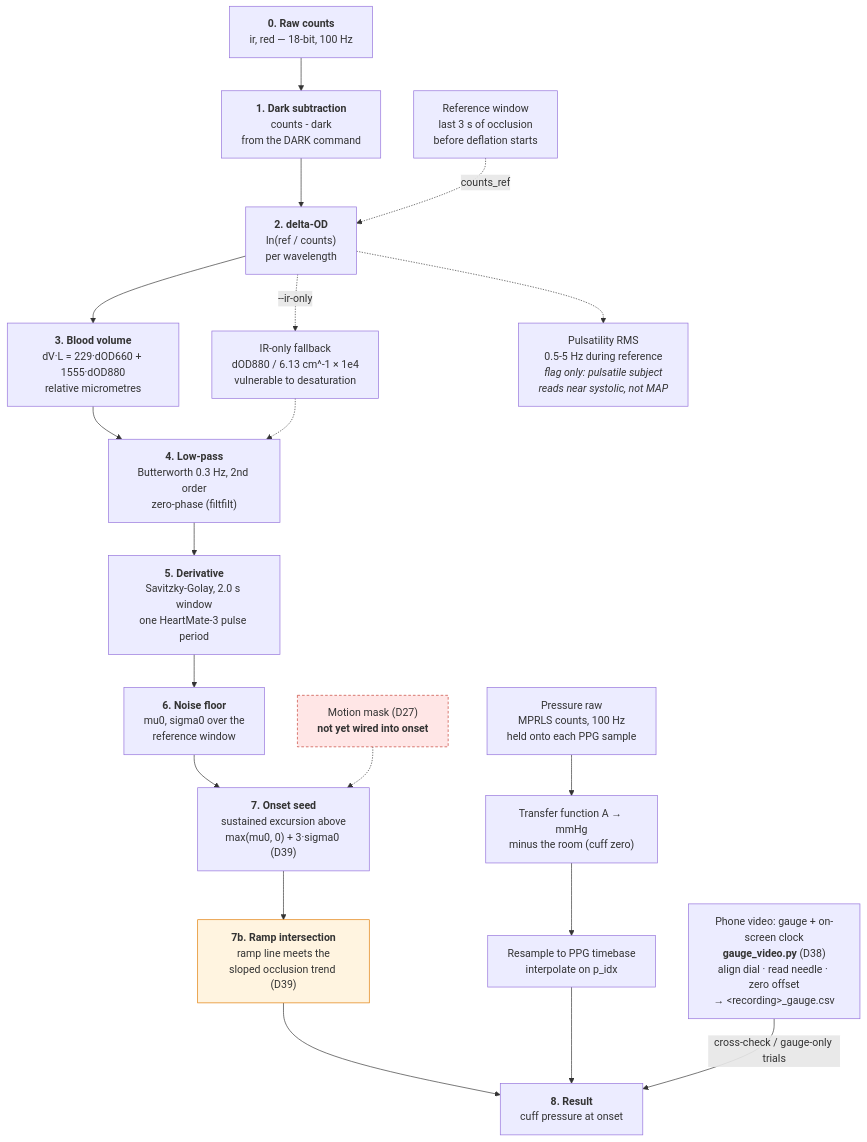
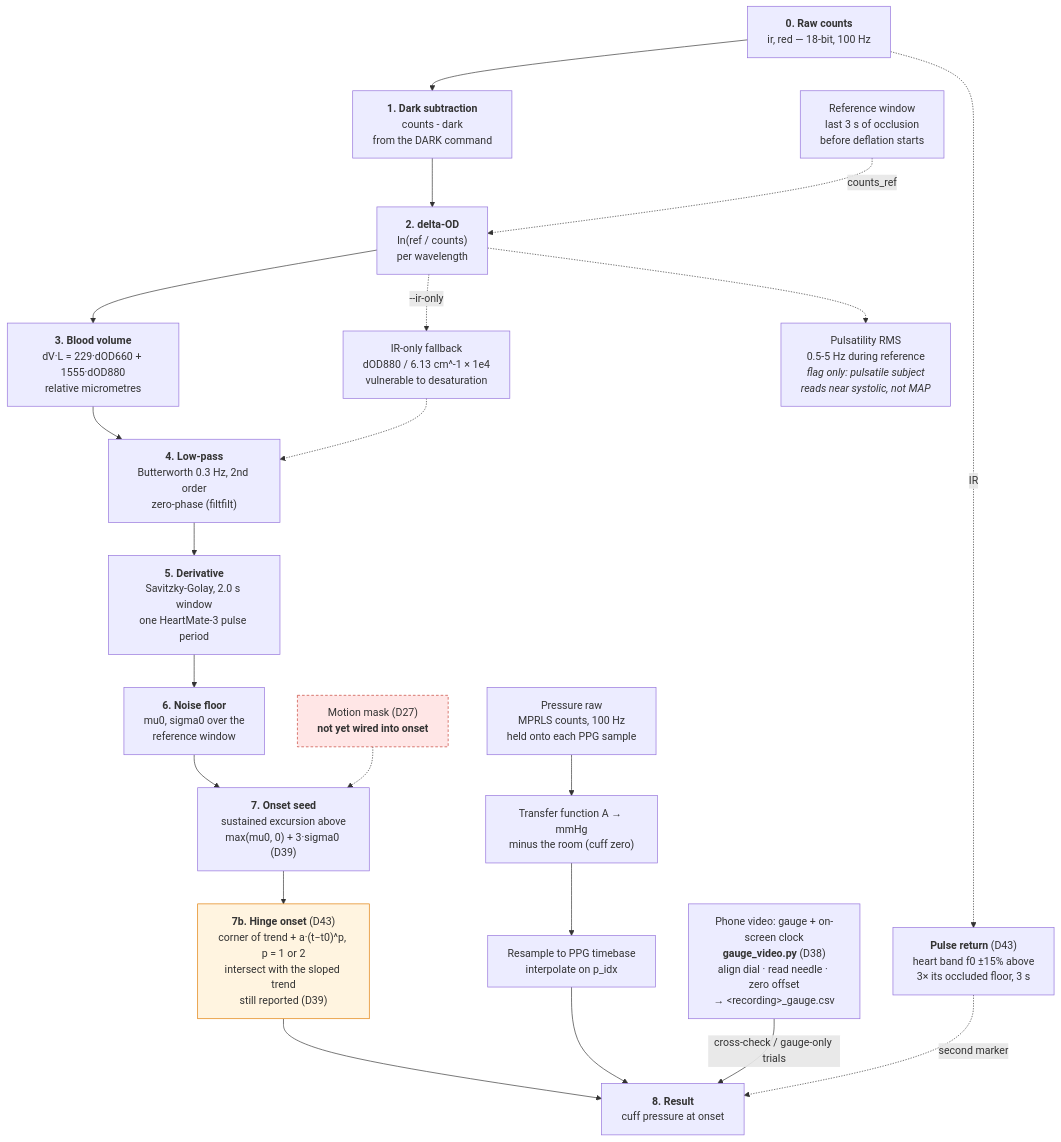
The third of 9 diagrams in docs/architecture.md (akkhilmorkonda/MAPQuest_PPG), drawn with Mermaid before and after one commit. The commit also changed other lines of this file and 24 other files, not shown here.

First line of the commit message:
Hinge refill onset, pulse-return detector, cuff_trial.py (D43)

````diff
--- a/docs/architecture.md
+++ b/docs/architecture.md
@@ -133,41 +133,45 @@
 ```mermaid
 flowchart TD
     RAW["<b>0. Raw counts</b><br/>ir, red — 18-bit, 100 Hz"]
     DARK["<b>1. Dark subtraction</b><br/>counts - dark<br/>from the DARK command"]
     REF["Reference window<br/>last 3 s of occlusion<br/>before deflation starts"]
     OD["<b>2. delta-OD</b><br/>ln(ref / counts)<br/>per wavelength"]
     DV["<b>3. Blood volume</b><br/>dV·L = 229·dOD660 + 1555·dOD880<br/>relative micrometres"]
     LP["<b>4. Low-pass</b><br/>Butterworth 0.3 Hz, 2nd order<br/>zero-phase (filtfilt)"]
     D1["<b>5. Derivative</b><br/>Savitzky-Golay, 2.0 s window<br/>one HeartMate-3 pulse period"]
     NOISE["<b>6. Noise floor</b><br/>mu0, sigma0 over the<br/>reference window"]
     ONSET["<b>7. Onset seed</b><br/>sustained excursion above<br/>max(mu0, 0) + 3·sigma0 (D39)"]
-    REFINE["<b>7b. Ramp intersection</b><br/>ramp line meets the<br/>sloped occlusion trend (D39)"]
+    REFINE["<b>7b. Hinge onset</b> (D43)<br/>corner of trend + a·(t−t0)^p, p = 1 or 2<br/>intersect with the sloped trend<br/>still reported (D39)"]
     MAP["<b>8. Result</b><br/>cuff pressure at onset"]
 
     RAW --> DARK --> OD --> DV --> LP --> D1
     REF -.->|"counts_ref"| OD
     D1 --> NOISE --> ONSET --> REFINE --> MAP
 
     MOTION["Motion mask (D27)<br/><b>not yet wired into onset</b>"]
     MOTION -.-> ONSET
 
     PRAW["Pressure raw<br/>MPRLS counts, 100 Hz<br/>held onto each PPG sample"]
     PCAL["Transfer function A → mmHg<br/>minus the room (cuff zero)"]
     PRES["Resample to PPG timebase<br/>interpolate on p_idx"]
     PRAW --> PCAL --> PRES --> MAP
 
     VID["Phone video: gauge + on-screen clock<br/><b>gauge_video.py</b> (D38)<br/>align dial · read needle · zero offset<br/>→ &lt;recording&gt;_gauge.csv"]
     VID -->|"cross-check / gauge-only trials"| MAP
 
     IRONLY["IR-only fallback<br/>dOD880 / 6.13 cm^-1 × 1e4<br/>vulnerable to desaturation"]
     OD -.->|"--ir-only"| IRONLY
     IRONLY -.-> LP
 
     PULS["Pulsatility RMS<br/>0.5-5 Hz during reference<br/><i>flag only: pulsatile subject<br/>reads near systolic, not MAP</i>"]
     OD -.-> PULS
 
+    PRET["<b>Pulse return</b> (D43)<br/>heart band f0 ±15% above<br/>3× its occluded floor, 3 s"]
+    RAW -.->|"IR"| PRET
+    PRET -.->|"second marker"| MAP
+
     classDef deviation fill:#fff4e0,stroke:#e07b00
     classDef missing fill:#ffe6e6,stroke:#c43b2f,stroke-dasharray:4 3
     class REFINE deviation
     class MOTION missing
 ```
````
